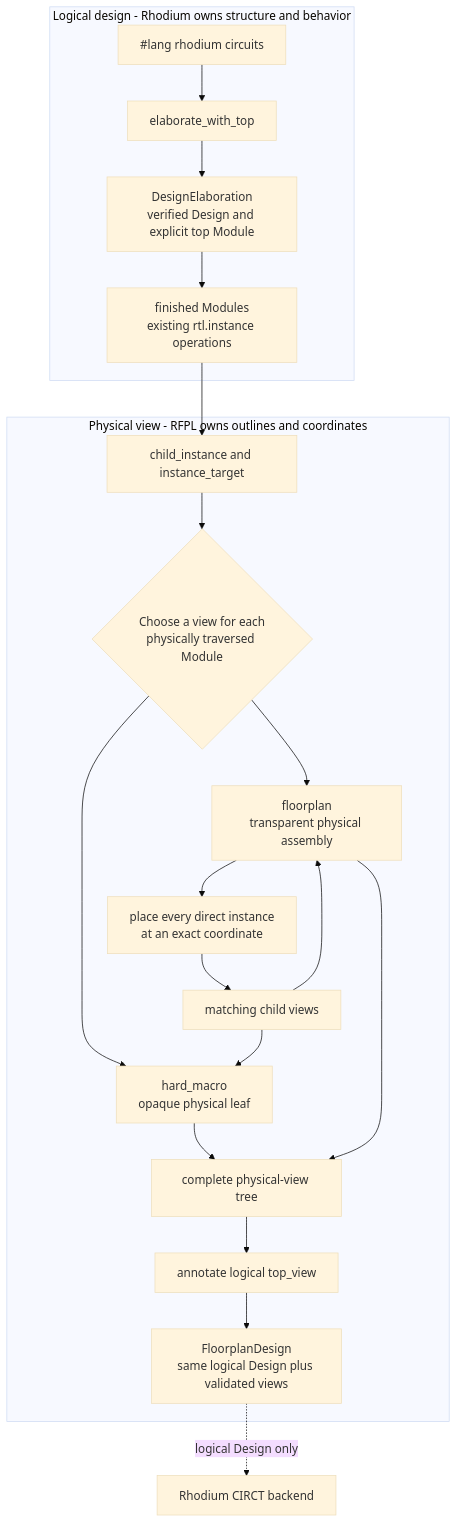
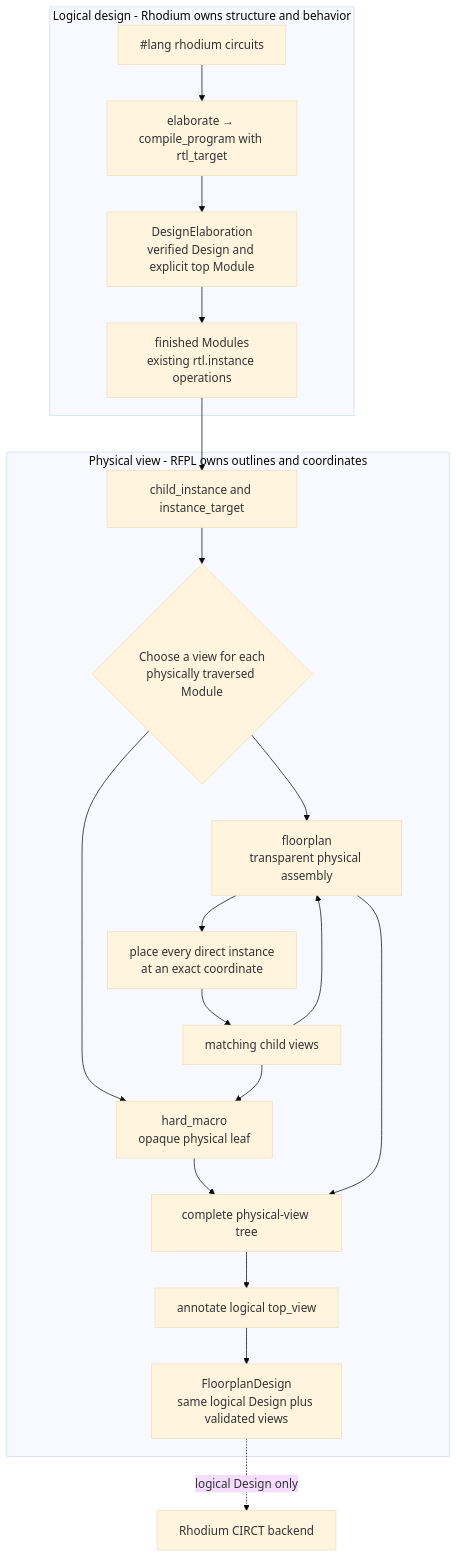
Before and after one commit to jerryz123/rhodium: the diagram in rfpl/README.md, drawn with Mermaid (base theme). The commit also changed other lines of this file and 738 other files, not shown here.

````diff
--- a/rfpl/README.md
+++ b/rfpl/README.md
@@ -20,25 +21,25 @@
 ```mermaid
 flowchart TD
   subgraph Logical["Logical design - Rhodium owns structure and behavior"]
-    Source["#lang rhodium circuits"] --> Elaborate["elaborate_with_top"]
+    Source["#lang rhodium circuits"] --> Elaborate["elaborate → compile_program with rtl_target"]
     Elaborate --> Design["DesignElaboration<br/>verified Design and explicit top Module"]
     Design --> Hierarchy["finished Modules<br/>existing rtl.instance operations"]
   end
 
   subgraph Physical["Physical view - RFPL owns outlines and coordinates"]
     Hierarchy --> Inspect["child_instance and instance_target"]
     Inspect --> Choice{"Choose a view for each<br/>physically traversed Module"}
     Choice --> Macro["hard_macro<br/>opaque physical leaf"]
     Choice --> Composite["floorplan<br/>transparent physical assembly"]
     Composite --> Placement["place every direct instance<br/>at an exact coordinate"]
     Placement --> Children["matching child views"]
     Children --> Macro
     Children --> Composite
     Macro --> Tree["complete physical-view tree"]
     Composite --> Tree
     Tree --> Annotate["annotate logical top_view"]
     Annotate --> Result["FloorplanDesign<br/>same logical Design plus validated views"]
   end
 
   Result -. "logical Design only" .-> CIRCT["Rhodium CIRCT backend"]
 ```
````
